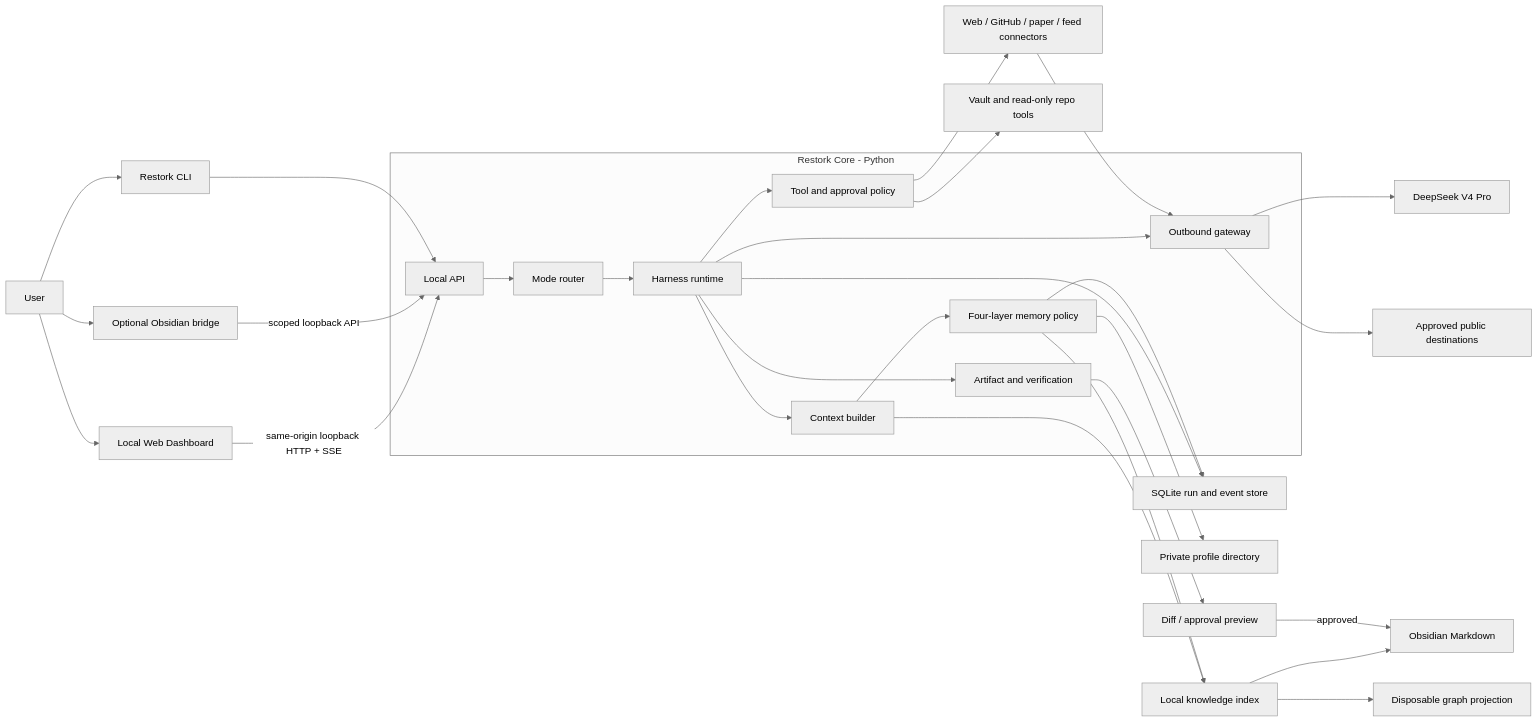
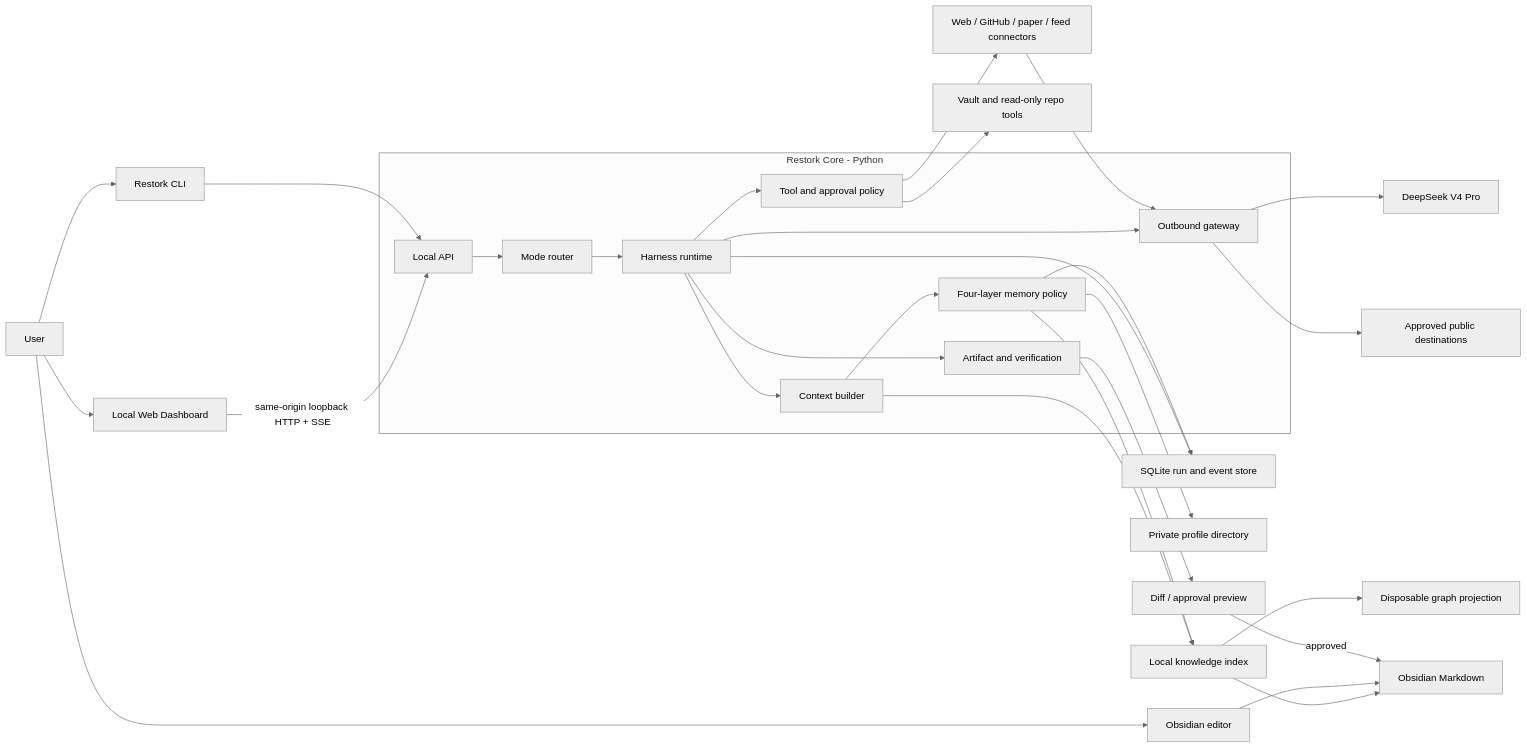
The diagram in specs/restork-v1.md (Totoro-qaq/restork), drawn with Mermaid (neutral theme) before and after one commit. The commit also changed other lines of this file and 11 other files, not shown here.

````diff
--- a/specs/restork-v1.md
+++ b/specs/restork-v1.md
@@ -452,34 +452,34 @@
 ```mermaid
 flowchart LR
   User["User"] --> Dashboard["Local Web Dashboard"]
-  User --> Plugin["Optional Obsidian bridge"]
+  User --> Editor["Obsidian editor"]
   User --> CLI["Restork CLI"]
   Dashboard -->|"same-origin loopback HTTP + SSE"| API["Local API"]
-  Plugin -->|"scoped loopback API"| API
   CLI --> API
 
   subgraph Core["Restork Core - Python"]
     API --> Router["Mode router"]
     Router --> Harness["Harness runtime"]
     Harness --> Context["Context builder"]
     Harness --> Policy["Tool and approval policy"]
     Harness --> Outbound["Outbound gateway"]
     Harness --> Artifacts["Artifact and verification"]
     Context --> Memory["Four-layer memory policy"]
   end
 
   Context --> Index["Local knowledge index"]
   Index --> Vault["Obsidian Markdown"]
+  Editor --> Vault
   Index --> Graph["Disposable graph projection"]
   Policy --> LocalTools["Vault and read-only repo tools"]
   Policy --> Connectors["Web / GitHub / paper / feed connectors"]
   Connectors --> Outbound
   Outbound --> Provider["DeepSeek V4 Pro"]
   Outbound --> PublicNet["Approved public destinations"]
   Harness --> State["SQLite run and event store"]
   Memory --> State
   Memory --> Profiles["Private profile directory"]
   Memory --> Index
   Artifacts --> Preview["Diff / approval preview"]
   Preview -->|"approved"| Vault
 ```
````
